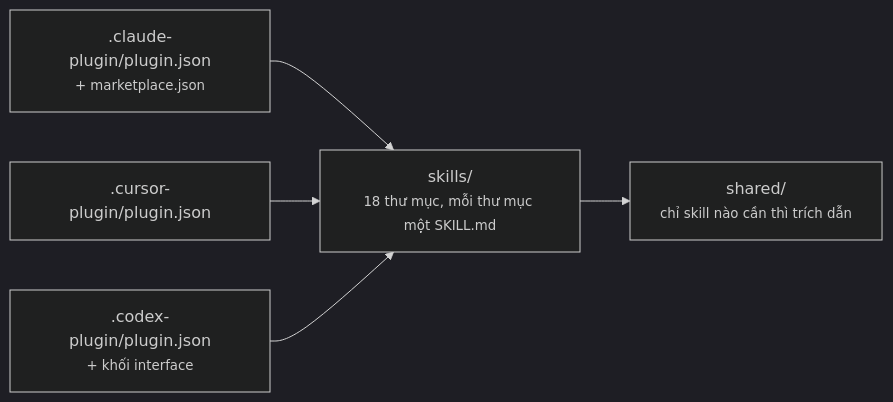
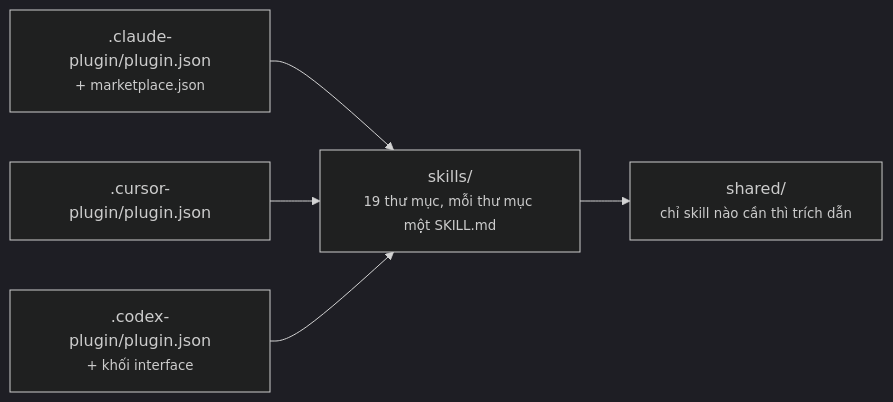
The first of 2 diagrams in docs/vi/system-architecture.md (lamngockhuong/aiteamkit), drawn with Mermaid (dark theme) before and after one commit. The commit also changed other lines of this file and 38 other files, not shown here.

````diff
--- a/docs/vi/system-architecture.md
+++ b/docs/vi/system-architecture.md
@@ -37,7 +37,7 @@
 ```mermaid
 flowchart LR
-    CP[".claude-plugin/plugin.json<br/><small>+ marketplace.json</small>"] --> SK["skills/<br/><small>18 thư mục, mỗi thư mục một SKILL.md</small>"]
+    CP[".claude-plugin/plugin.json<br/><small>+ marketplace.json</small>"] --> SK["skills/<br/><small>19 thư mục, mỗi thư mục một SKILL.md</small>"]
     UP[".cursor-plugin/plugin.json"] --> SK
     XP[".codex-plugin/plugin.json<br/><small>+ khối interface</small>"] --> SK
     SK --> SH["shared/<br/><small>chỉ skill nào cần thì trích dẫn</small>"]
 ```
````
